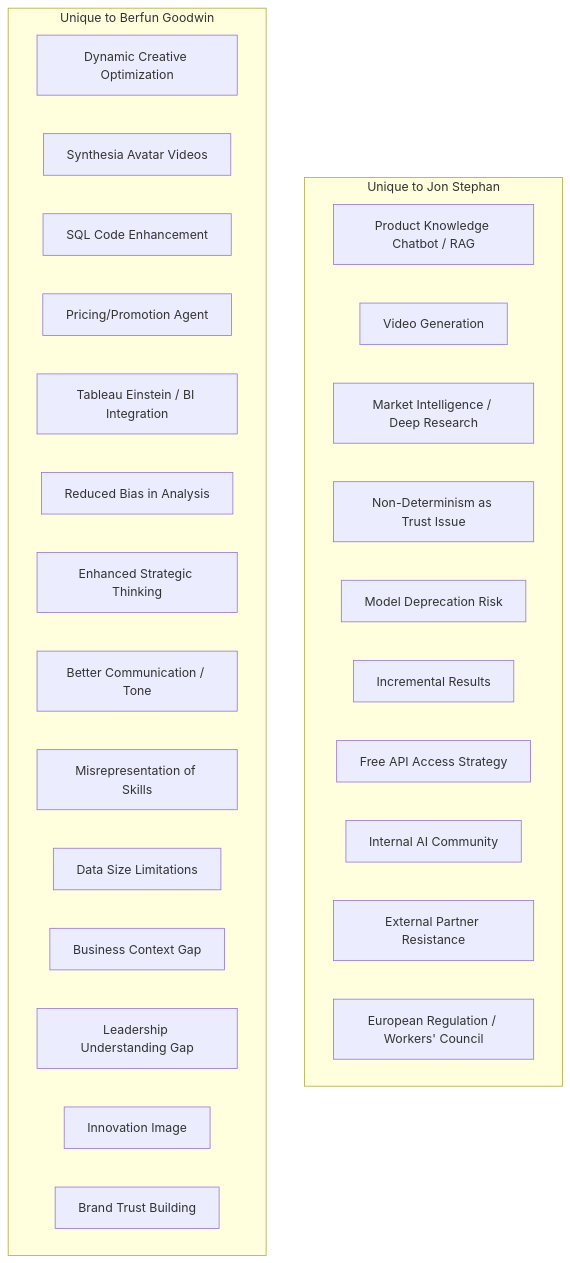
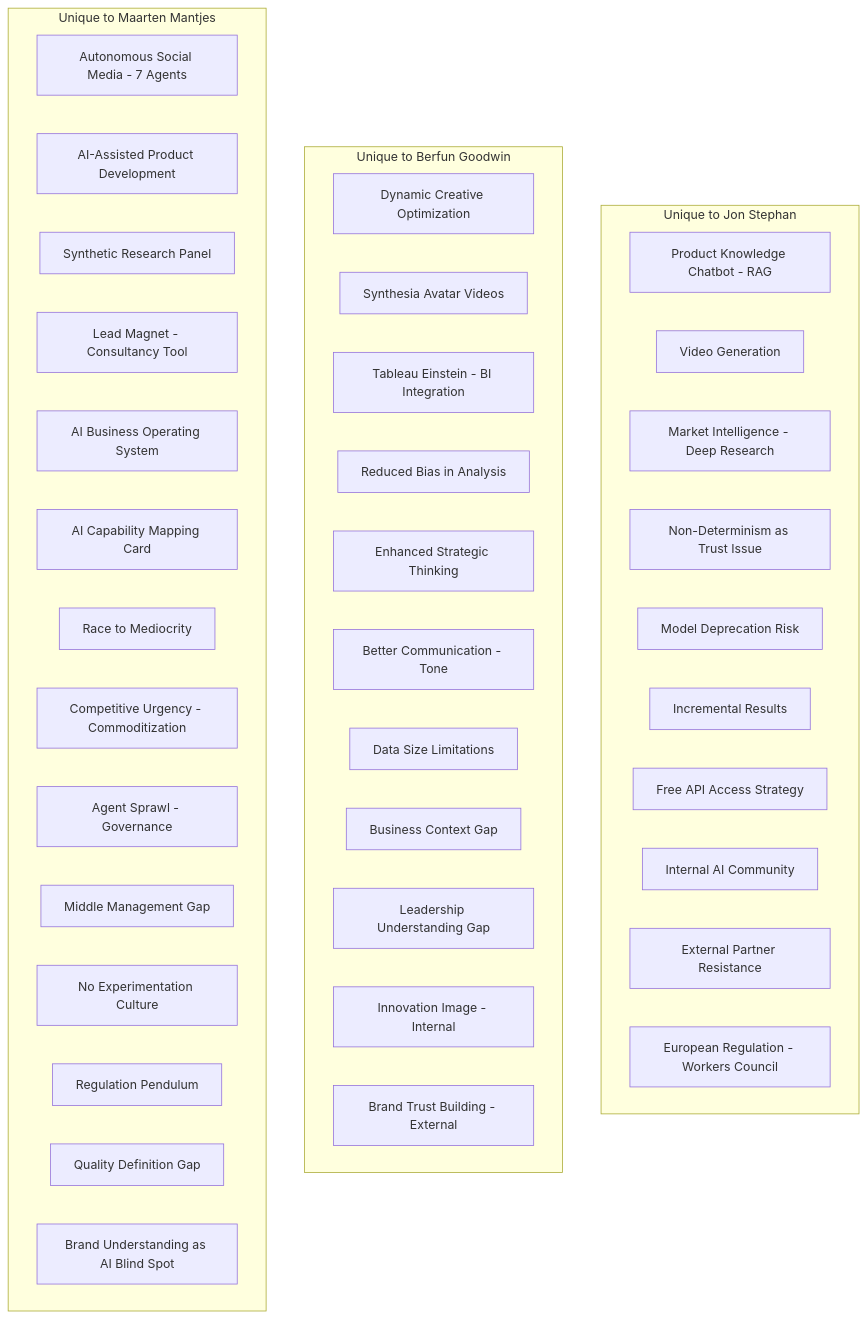
One commit to Luttik/thesis changed the second of 4 diagrams in transcript-codes/Cross-Case Code Alignment.md. Above: the diagram before and after it, drawn with Mermaid. The commit also changed other lines of this file and 3 other files, not shown here.

````diff
--- a/transcript-codes/Cross-Case Code Alignment.md
+++ b/transcript-codes/Cross-Case Code Alignment.md
@@ -119,32 +87,46 @@
 ```mermaid
 graph TB
-    subgraph "Unique to Jon Stephan"
-        JS1["Product Knowledge Chatbot / RAG"]
+    subgraph uniqueJS [Unique to Jon Stephan]
+        JS1["Product Knowledge Chatbot - RAG"]
         JS2["Video Generation"]
-        JS3["Market Intelligence / Deep Research"]
+        JS3["Market Intelligence - Deep Research"]
         JS4["Non-Determinism as Trust Issue"]
         JS5["Model Deprecation Risk"]
         JS6["Incremental Results"]
         JS7["Free API Access Strategy"]
         JS8["Internal AI Community"]
         JS9["External Partner Resistance"]
-        JS10["European Regulation / Workers' Council"]
+        JS10["European Regulation - Workers Council"]
     end
 
-    subgraph "Unique to Berfun Goodwin"
+    subgraph uniqueBG [Unique to Berfun Goodwin]
         BG1["Dynamic Creative Optimization"]
         BG2["Synthesia Avatar Videos"]
-        BG3["SQL Code Enhancement"]
-        BG4["Pricing/Promotion Agent"]
-        BG5["Tableau Einstein / BI Integration"]
+        BG5["Tableau Einstein - BI Integration"]
         BG6["Reduced Bias in Analysis"]
         BG7["Enhanced Strategic Thinking"]
-        BG8["Better Communication / Tone"]
-        BG9["Misrepresentation of Skills"]
+        BG8["Better Communication - Tone"]
         BG10["Data Size Limitations"]
         BG11["Business Context Gap"]
         BG12["Leadership Understanding Gap"]
-        BG13["Innovation Image"]
-        BG14["Brand Trust Building"]
+        BG13["Innovation Image - Internal"]
+        BG14["Brand Trust Building - External"]
+    end
+
+    subgraph uniqueMM [Unique to Maarten Mantjes]
+        MM1["Autonomous Social Media - 7 Agents"]
+        MM2["AI-Assisted Product Development"]
+        MM3["Synthetic Research Panel"]
+        MM4["Lead Magnet - Consultancy Tool"]
+        MM5["AI Business Operating System"]
+        MM6["AI Capability Mapping Card"]
+        MM7["Race to Mediocrity"]
+        MM8["Competitive Urgency - Commoditization"]
+        MM9["Agent Sprawl - Governance"]
+        MM10["Middle Management Gap"]
+        MM11["No Experimentation Culture"]
+        MM12["Regulation Pendulum"]
+        MM13["Quality Definition Gap"]
+        MM14["Brand Understanding as AI Blind Spot"]
     end
 ```
````
